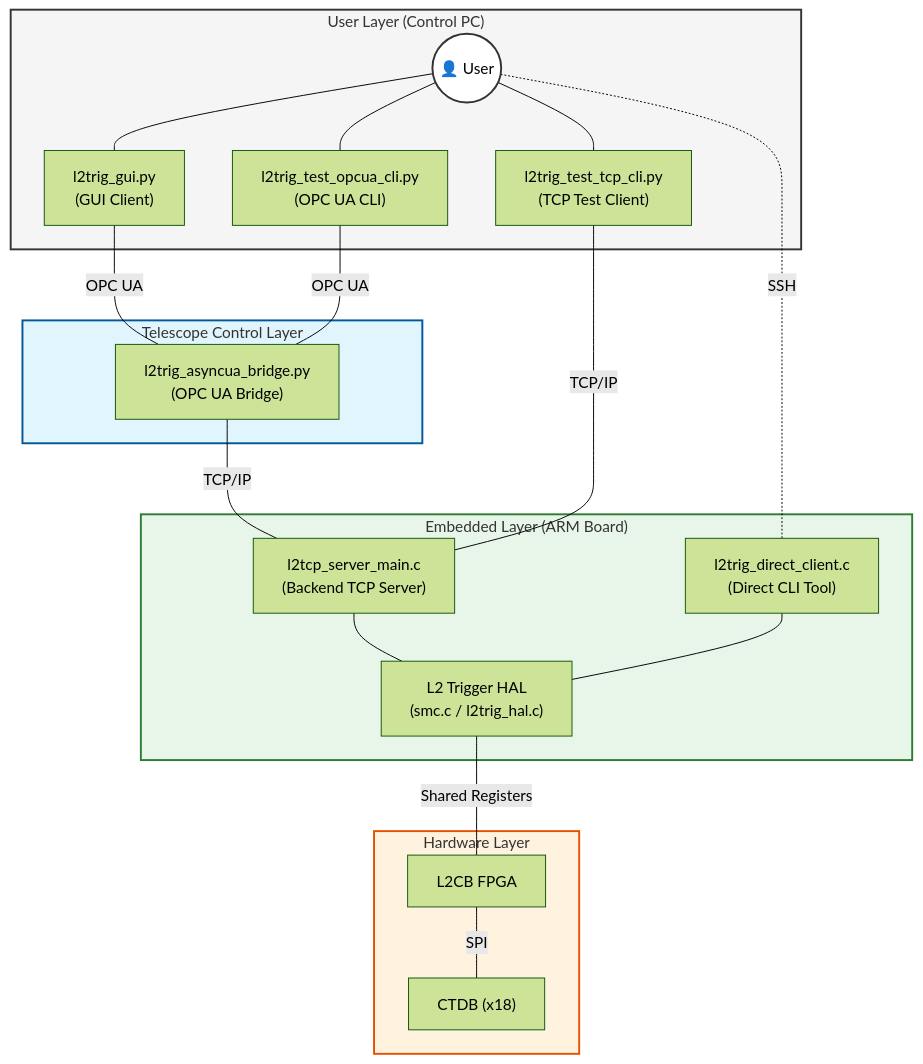
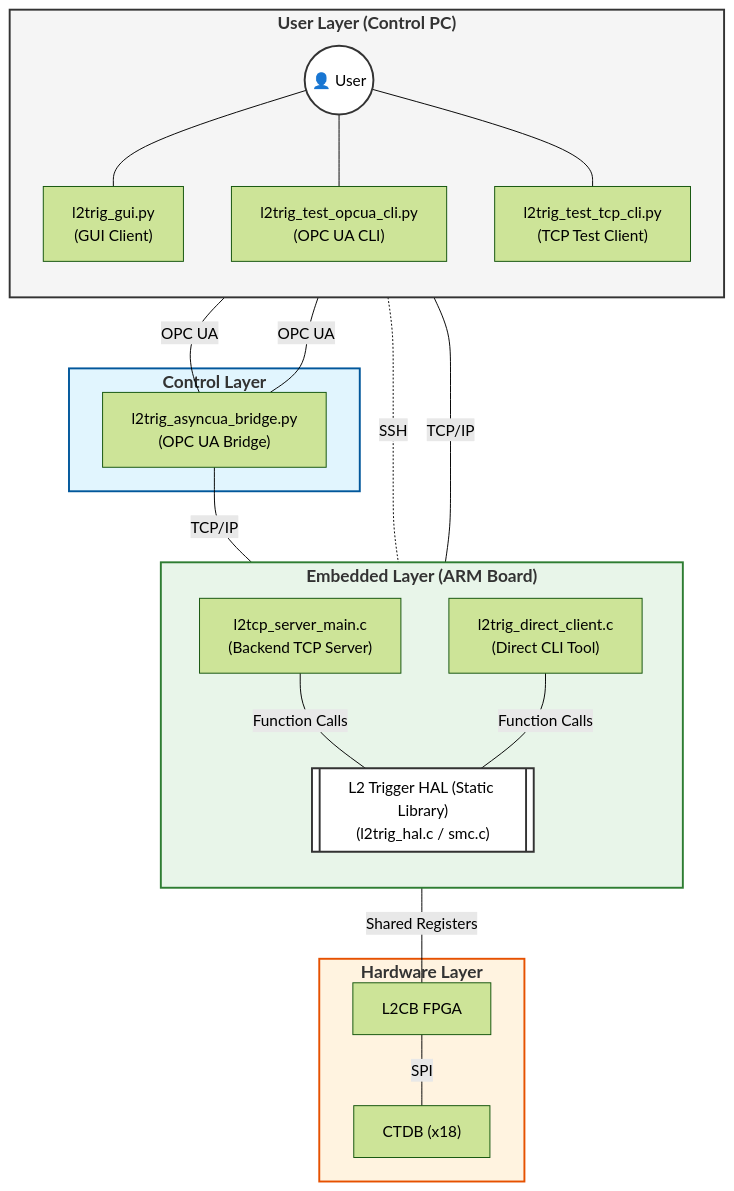
One commit to sfegan/nectarcam_dtc_opcua changed the diagram in README.md. Above: the diagram before and after it, drawn with Mermaid (forest theme). The commit also changed other lines of this file, not shown here.

Commit message:
Update flow chart

````diff
--- a/README.md
+++ b/README.md
@@ -193,47 +193,55 @@
 ```mermaid
 graph TD
-    subgraph UserLayer ["User Layer (Control PC)"]
+    subgraph UserLayer ["<b><font size='4'>User Layer (Control PC)</font></b>"]
+        direction TB
         User(("👤 User"))
         GUI["l2trig_gui.py<br/>(GUI Client)"]
         OPC_CLI["l2trig_test_opcua_cli.py<br/>(OPC UA CLI)"]
         TCP_CLI["l2trig_test_tcp_cli.py<br/>(TCP Test Client)"]
+        
+        %% Internal links
+        User --- GUI
+        User --- OPC_CLI
+        User --- TCP_CLI
     end
 
-    subgraph ControlLayer ["Telescope Control Layer"]
+    subgraph ControlLayer ["<b><font size='4'>Control Layer</font></b>"]
         Bridge["l2trig_asyncua_bridge.py<br/>(OPC UA Bridge)"]
     end
 
-    subgraph EmbeddedLayer ["Embedded Layer (ARM Board)"]
+    subgraph EmbeddedLayer ["<b><font size='4'>Embedded Layer (ARM Board)</font></b>"]
+        direction TB
         Backend["l2tcp_server_main.c<br/>(Backend TCP Server)"]
         DirectCLI["l2trig_direct_client.c<br/>(Direct CLI Tool)"]
-        HAL["L2 Trigger HAL<br/>(smc.c / l2trig_hal.c)"]
+        HAL[["L2 Trigger HAL (Static Library)<br/>(l2trig_hal.c / smc.c)"]]
+        
+        %% Internal links
+        Backend ---|Function Calls| HAL
+        DirectCLI ---|Function Calls| HAL
     end
 
-    subgraph HardwareLayer ["Hardware Layer"]
+    subgraph HardwareLayer ["<b><font size='4'>Hardware Layer</font></b>"]
         L2CB["L2CB FPGA"]
         CTDB["CTDB (x18)"]
+        
+        %% Internal links
+        L2CB ---|SPI| CTDB
     end
 
-    User --- GUI
-    User --- OPC_CLI
-    User --- TCP_CLI
+    %% Cross-layer links
     User -.-|SSH| DirectCLI
-
     GUI ---|OPC UA| Bridge
     OPC_CLI ---|OPC UA| Bridge
     Bridge ---|TCP/IP| Backend
     TCP_CLI ---|TCP/IP| Backend
-
-    Backend --- HAL
-    DirectCLI --- HAL
-    
     HAL ---|Shared Registers| L2CB
-    L2CB ---|SPI| CTDB
 
     %% Styling
     style UserLayer fill:#f5f5f5,stroke:#333,stroke-width:2px
     style ControlLayer fill:#e1f5fe,stroke:#01579b,stroke-width:2px
     style EmbeddedLayer fill:#e8f5e9,stroke:#2e7d32,stroke-width:2px
     style HardwareLayer fill:#fff3e0,stroke:#e65100,stroke-width:2px
+    
     style User fill:#ffffff,stroke:#333,stroke-width:2px
+    style HAL fill:#ffffff,stroke:#333,stroke-width:2px
 ```
````
